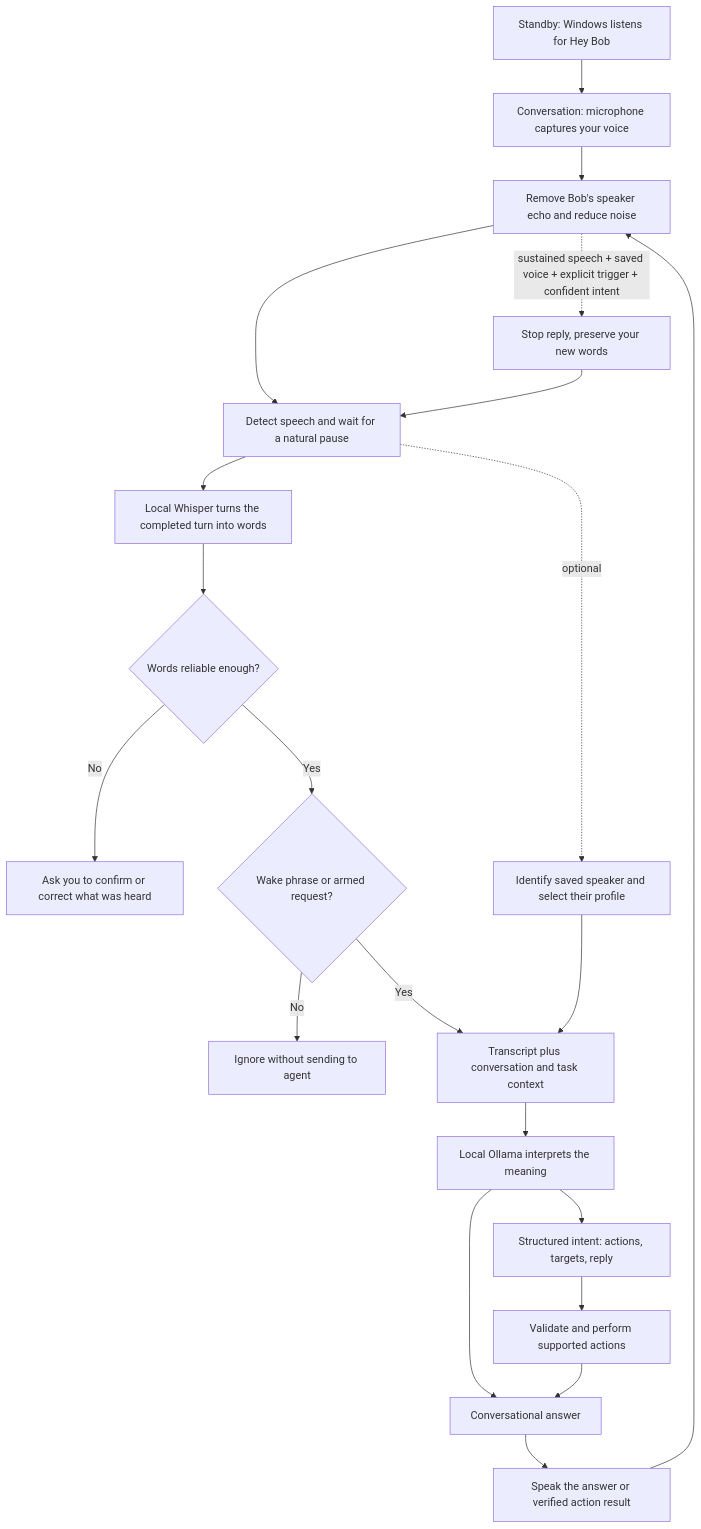
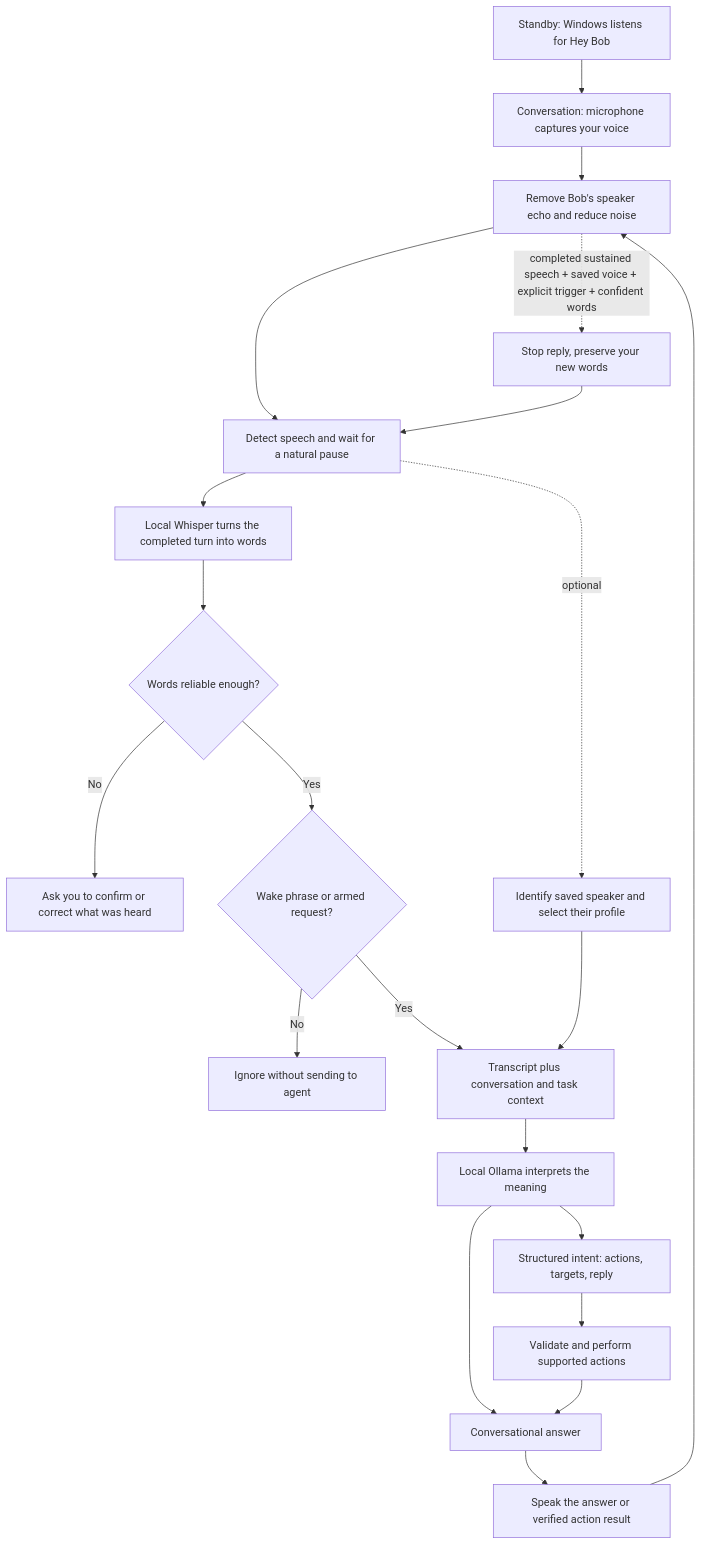
One commit to sannapanenibahnuteja/Astra-AI changed the diagram in docs/VOICE-PIPELINE.md. Above: the diagram before and after it, drawn with Mermaid. The commit also changed other lines of this file and 21 other files, not shown here.

Commit message:
Require completed verified phrases for reply interruption

````diff
--- a/docs/VOICE-PIPELINE.md
+++ b/docs/VOICE-PIPELINE.md
@@ -7,23 +7,23 @@
 ```mermaid
 flowchart TD
     W[Standby: Windows listens for Hey Bob] --> M[Conversation: microphone captures your voice]
     M --> E[Remove Bob's speaker echo and reduce noise]
     E --> V[Detect speech and wait for a natural pause]
     V --> T[Local Whisper turns the completed turn into words]
     T --> Q{Words reliable enough?}
     Q -->|No| R[Ask you to confirm or correct what was heard]
     Q -->|Yes| K{Wake phrase or armed request?}
     K -->|No| Z[Ignore without sending to agent]
     K -->|Yes| C[Transcript plus conversation and task context]
     C --> L[Local Ollama interprets the meaning]
     L --> J[Structured intent: actions, targets, reply]
     J --> A[Validate and perform supported actions]
     L --> B[Conversational answer]
     A --> B
     B --> S[Speak the answer or verified action result]
     S --> E
-    E -. sustained speech + saved voice + explicit trigger + confident intent .-> I[Stop reply, preserve your new words]
+    E -. completed sustained speech + saved voice + explicit trigger + confident words .-> I[Stop reply, preserve your new words]
     I --> V
     V -. optional .-> P[Identify saved speaker and select their profile]
     P --> C
 ```
````
